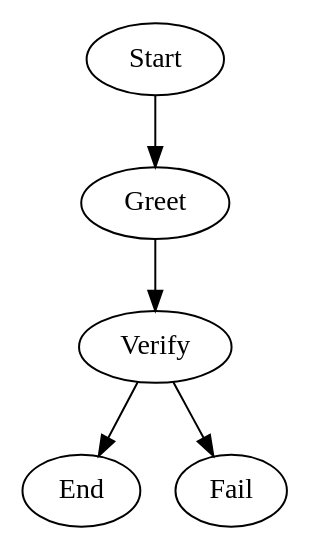
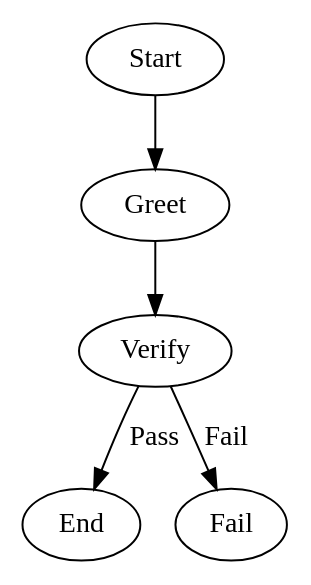
The diagram in .stencila/workflows/test-agent-reference/WORKFLOW.md (stencila/stencila), drawn with Graphviz before and after one commit. The commit also changed 21 other files, not shown here.

````diff
--- a/.stencila/workflows/test-agent-reference/WORKFLOW.md
+++ b/.stencila/workflows/test-agent-reference/WORKFLOW.md
@@ -9,12 +9,12 @@
 ```dot
 digraph Workflow {
   Start -> Greet
 
-  Greet [agent="default", prompt="Reply with ONLY the word: hello"]
+  Greet [agent="general", prompt="Reply with ONLY the word: hello"]
   Greet -> Verify
 
-  Verify [prompt="Does '$last_output' equal 'hello'? Reply with ONLY yes or no in lowercase, nothing else."]
-  Verify -> End  [condition="context.last_output=yes"]
-  Verify -> Fail
+  Verify [agent="general", prompt="Does '$last_output' equal 'hello'? Verify the result and choose Pass or Fail."]
+  Verify -> End  [label="Pass"]
+  Verify -> Fail [label="Fail"]
 }
 ```
````
